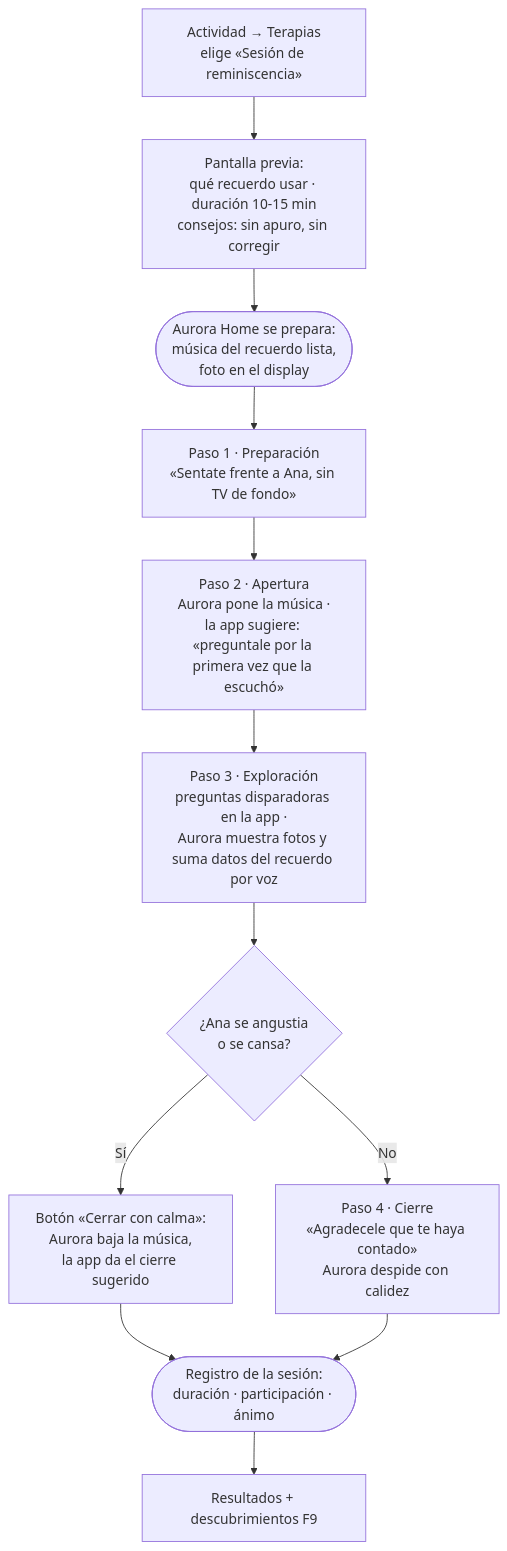
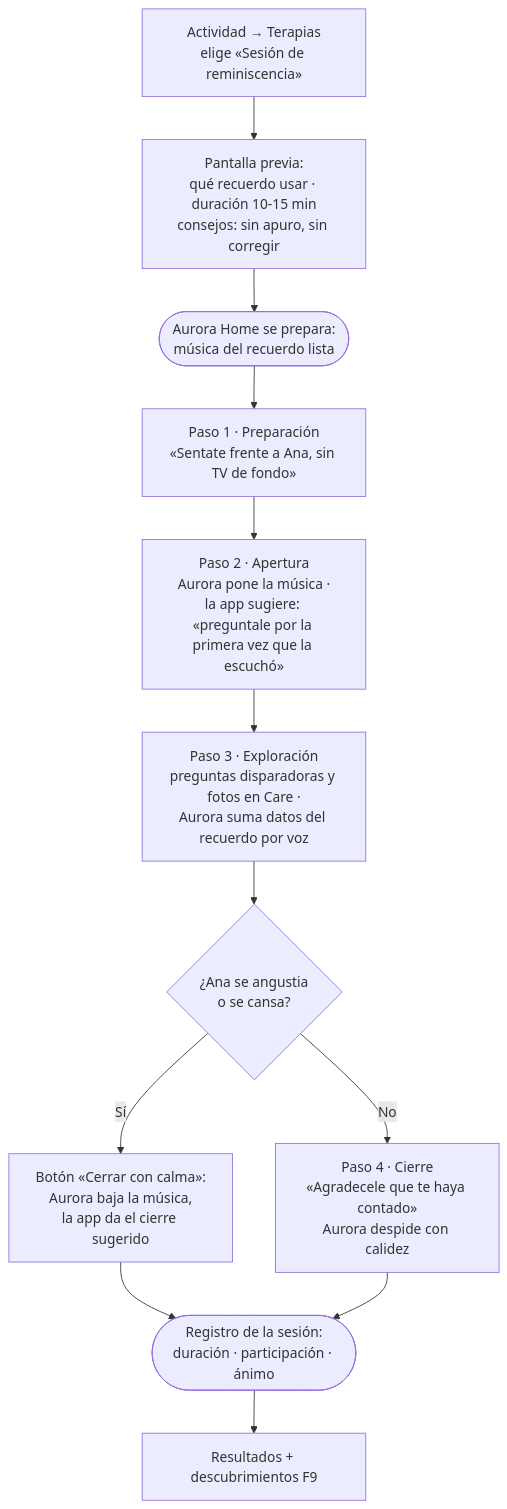
Before and after one commit to NicolasRodeyro/ObsidianAurora: the eighth of 9 diagrams in Document Hub/Diseño UX-UI/User Flows.md, drawn with Mermaid. The commit also changed other lines of this file and 2 other files, not shown here.

First line of the commit message:
Remove Aurora Home display from MVP design docs

````diff
--- a/Document Hub/Diseño UX-UI/User Flows.md
+++ b/Document Hub/Diseño UX-UI/User Flows.md
@@ -135,14 +137,14 @@
 ```mermaid
 flowchart TD
     A[Actividad → Terapias<br/>elige «Sesión de reminiscencia»] --> B[Pantalla previa:<br/>qué recuerdo usar · duración 10-15 min<br/>consejos: sin apuro, sin corregir]
-    B --> C([Aurora Home se prepara:<br/>música del recuerdo lista,<br/>foto en el display])
+    B --> C([Aurora Home se prepara:<br/>música del recuerdo lista])
     C --> D[Paso 1 · Preparación<br/>«Sentate frente a Ana, sin TV de fondo»]
     D --> E[Paso 2 · Apertura<br/>Aurora pone la música ·<br/>la app sugiere: «preguntale por la primera vez que la escuchó»]
-    E --> F[Paso 3 · Exploración<br/>preguntas disparadoras en la app ·<br/>Aurora muestra fotos y suma datos del recuerdo por voz]
+    E --> F[Paso 3 · Exploración<br/>preguntas disparadoras y fotos en Care ·<br/>Aurora suma datos del recuerdo por voz]
     F --> G{¿Ana se angustia<br/>o se cansa?}
     G -- Sí --> H[Botón «Cerrar con calma»:<br/>Aurora baja la música,<br/>la app da el cierre sugerido]
     G -- No --> I[Paso 4 · Cierre<br/>«Agradecele que te haya contado»<br/>Aurora despide con calidez]
     H --> J([Registro de la sesión:<br/>duración · participación · ánimo])
     I --> J
     J --> K[Resultados + descubrimientos F9]
 ```
````
